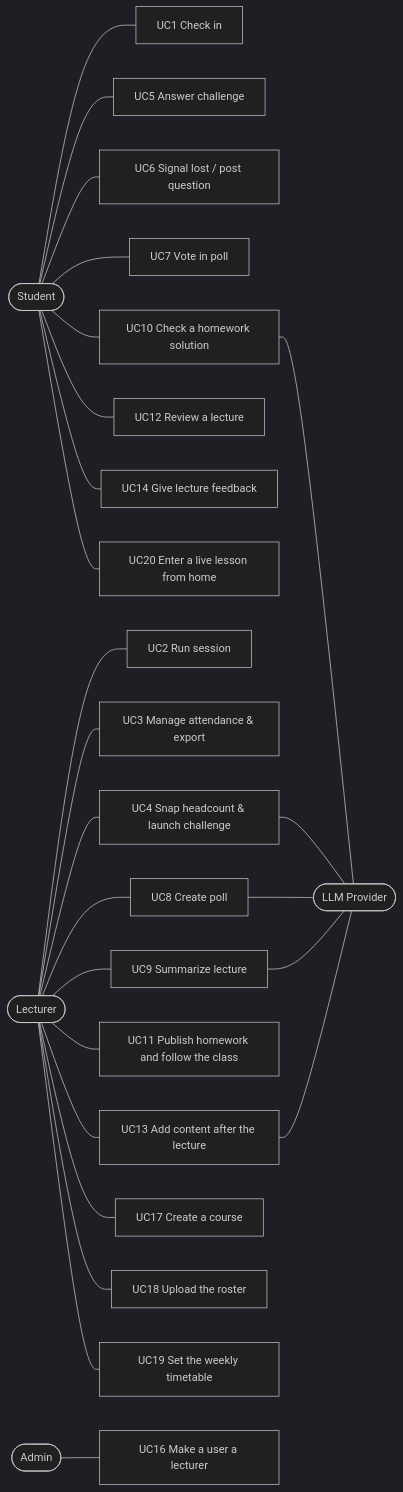
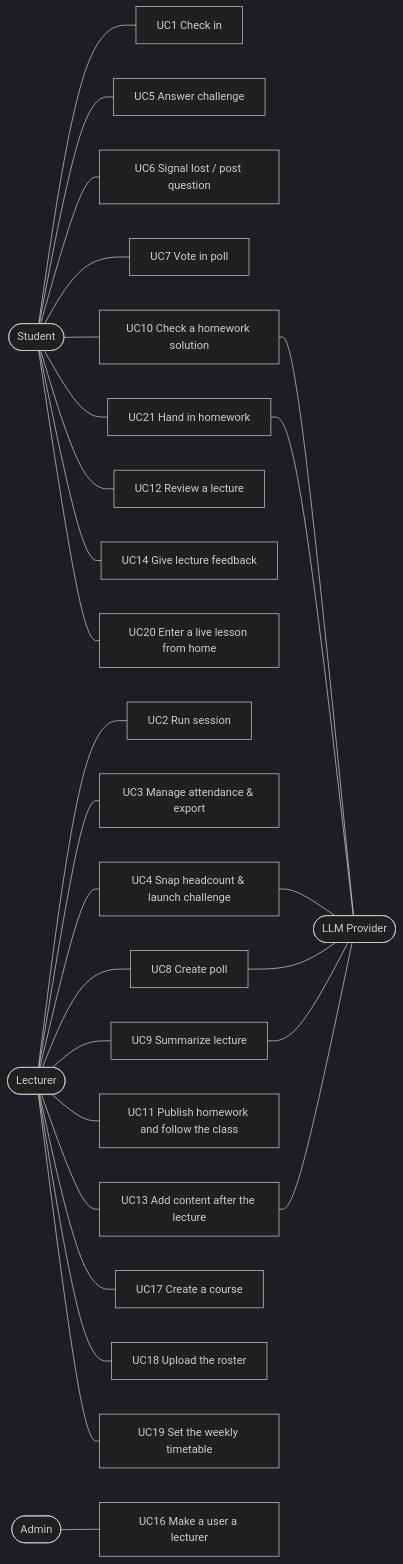
One commit to GiladApel/classpulse changed the diagram in docs/04-use-cases.md. Above: the diagram before and after it, drawn with Mermaid (dark theme). The commit also changed other lines of this file, not shown here.

Commit message:
docs(usecases): UC10 and UC11 for the hidden rubric and two checks; UC21 hand in homework

````diff
--- a/docs/04-use-cases.md
+++ b/docs/04-use-cases.md
@@ -5,27 +5,29 @@
 ```mermaid
 flowchart LR
   S([Student]) --- UC1[UC1 Check in]
   S --- UC5[UC5 Answer challenge]
   S --- UC6[UC6 Signal lost / post question]
   S --- UC7[UC7 Vote in poll]
   S --- UC10[UC10 Check a homework solution]
+  S --- UC21[UC21 Hand in homework]
   S --- UC12[UC12 Review a lecture]
   S --- UC14[UC14 Give lecture feedback]
   S --- UC20[UC20 Enter a live lesson from home]
   L([Lecturer]) --- UC2[UC2 Run session]
   L --- UC3[UC3 Manage attendance & export]
   L --- UC4[UC4 Snap headcount & launch challenge]
   L --- UC8[UC8 Create poll]
   L --- UC9[UC9 Summarize lecture]
   L --- UC11[UC11 Publish homework and follow the class]
   L --- UC13[UC13 Add content after the lecture]
   L --- UC17[UC17 Create a course]
   L --- UC18[UC18 Upload the roster]
   L --- UC19[UC19 Set the weekly timetable]
   A([Admin]) --- UC16[UC16 Make a user a lecturer]
   UC13 --- AI
   UC4 --- AI([LLM Provider])
   UC8 --- AI
   UC9 --- AI
   UC10 --- AI
+  UC21 --- AI
 ```
````
